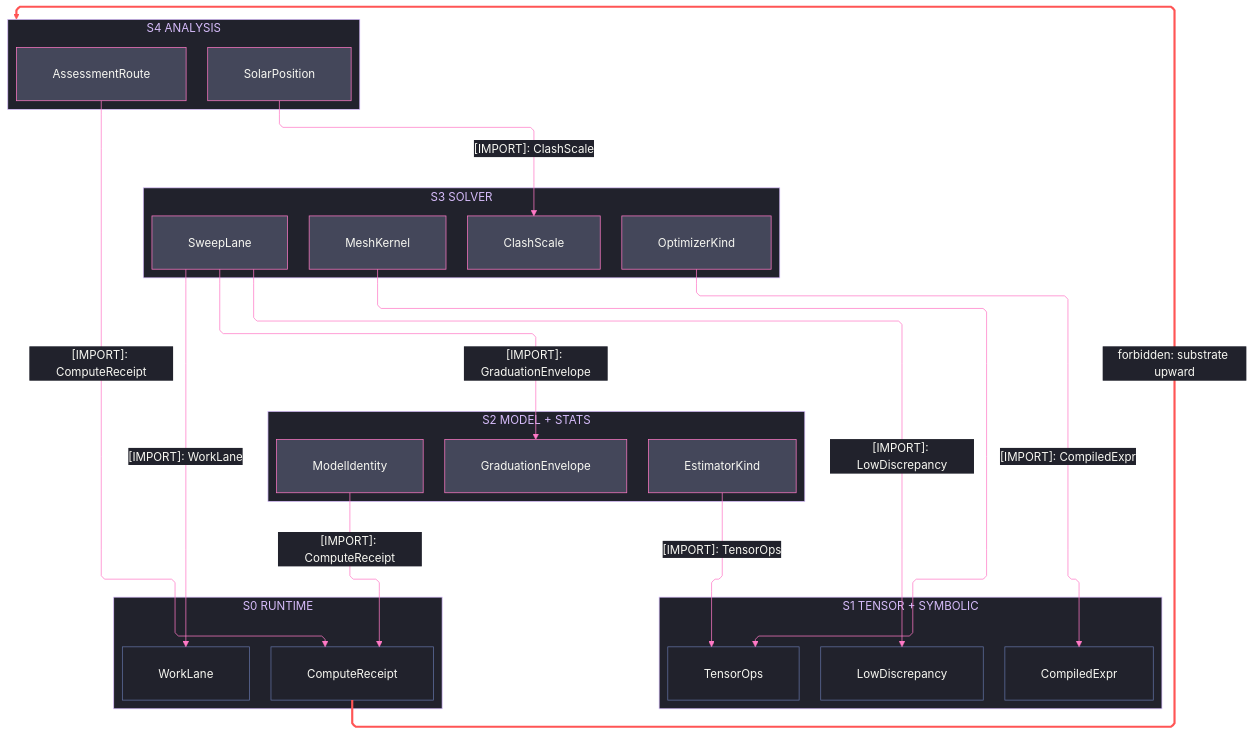
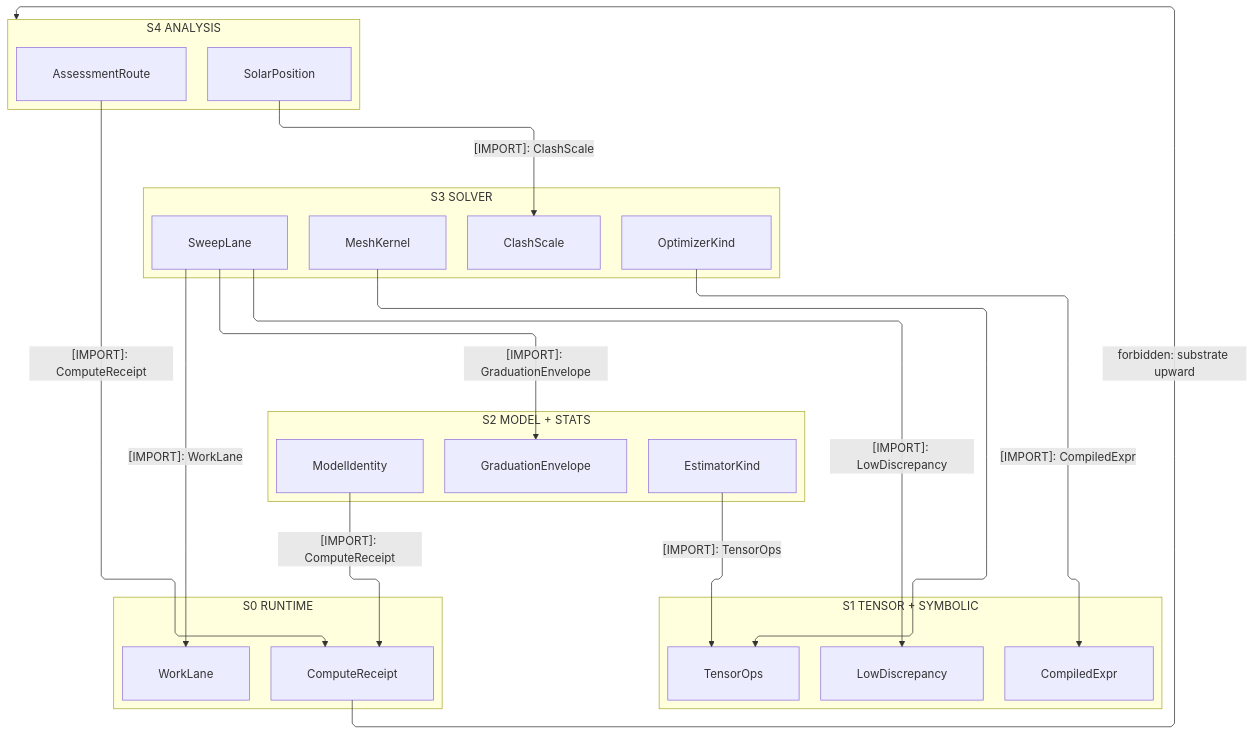
Before and after one commit to bsamiee/Rasm: the first of 4 diagrams in libs/csharp/Rasm.Compute/ARCHITECTURE.md, drawn with Mermaid. The commit also changed other lines of this file and 460 other files, not shown here.

````diff
--- a/libs/csharp/Rasm.Compute/ARCHITECTURE.md
+++ b/libs/csharp/Rasm.Compute/ARCHITECTURE.md
@@ -76,73 +78,46 @@
 ```mermaid
 ---
 config:
-  theme: base
-  look: classic
   layout: elk
   flowchart:
     curve: linear
     padding: 25
-  themeVariables:
-    darkMode: true
-    fontFamily: "SF Mono, Menlo, Cascadia Mono, Segoe UI Mono, Consolas, monospace"
-    useGradient: false
-    dropShadow: "none"
-    background: "#282A36"
-    primaryColor: "#44475A"
-    primaryTextColor: "#F8F8F2"
-    primaryBorderColor: "#BD93F9"
-    lineColor: "#FF79C6"
-    textColor: "#F8F8F2"
-    clusterBkg: "#21222C"
-    clusterBorder: "#D6BCFA"
-    edgeLabelBackground: "#21222C"
-    labelBackgroundColor: "#21222C"
-    titleColor: "#D6BCFA"
-  themeCSS: ".nodeLabel{font-size:13px;font-weight:500}.edgeLabel{font-size:12px;font-weight:500}.cluster-label .nodeLabel{font-size:13.5px;font-weight:700;letter-spacing:.08em}.edge-thickness-normal{stroke-width:2px}.edge-thickness-thick{stroke-width:3px}.edge-pattern-dashed,.edge-pattern-dotted{stroke-width:1.5px;stroke-dasharray:4 6}.node rect,.node circle,.node polygon,.node path,.node .outer-path{stroke-width:1.5px;filter:none!important}.cluster rect{stroke-width:1px!important;stroke-dasharray:5 4!important;filter:none!important}.marker path{transform:scale(.8);transform-origin:5px 5px}.marker circle{transform:scale(.48);transform-origin:5px 5px}.edgeLabel rect{transform-box:fill-box;transform-origin:center;transform:scale(1.1,1.2)}"
 ---
 flowchart TB
     accTitle: Rasm.Compute interior strata
-    accDescr: Five stacked strata from the analysis rail through the solve spine, the model and stats tier, and the tensor-symbolic peers onto the runtime substrate, every consumption edge downward and solid naming one sourced type, and one forbidden upward edge styled red.
+    accDescr: Five stacked strata from the analysis rail through the solve spine, the model and stats tier, and the tensor-symbolic peers onto the runtime substrate, every consumption edge downward and solid naming one sourced type, and one labeled forbidden upward edge.
     subgraph L4["S4 ANALYSIS"]
         Assessment[AssessmentRoute]
         Daylight[SolarPosition]
     end
     subgraph L3["S3 SOLVER"]
         Sweep[SweepLane]
         Mesh[MeshKernel]
         Optimizer[OptimizerKind]
         Clash[ClashScale]
     end
     subgraph L2["S2 MODEL + STATS"]
         Envelope[GraduationEnvelope]
         Identity[ModelIdentity]
         Estimator[EstimatorKind]
     end
     subgraph L1["S1 TENSOR + SYMBOLIC"]
         Sampling[LowDiscrepancy]
         Ops[TensorOps]
         Compiled[CompiledExpr]
     end
     subgraph L0["S0 RUNTIME"]
         Receipt[ComputeReceipt]
         Lane[WorkLane]
     end
     Assessment e1@-->|"[IMPORT]: ComputeReceipt"| Receipt
     Daylight e2@-->|"[IMPORT]: ClashScale"| Clash
     Sweep e3@-->|"[IMPORT]: GraduationEnvelope"| Envelope
     Optimizer e4@-->|"[IMPORT]: CompiledExpr"| Compiled
     Sweep e5@-->|"[IMPORT]: LowDiscrepancy"| Sampling
     Estimator e6@-->|"[IMPORT]: TensorOps"| Ops
     Identity e7@-->|"[IMPORT]: ComputeReceipt"| Receipt
     Mesh e8@--> Ops
     Sweep e9@-->|"[IMPORT]: WorkLane"| Lane
     Receipt f1@-->|"forbidden: substrate upward"| L4
-    classDef primary fill:#44475A,stroke:#FF79C6,color:#F8F8F2
-    classDef recessed fill:#21222C,stroke:#6272A4,color:#F8F8F2
-    classDef edgeControl stroke:#FF79C6,color:#F8F8F2
-    classDef edgeError stroke:#FF5555,stroke-width:3px,color:#F8F8F2
-    class Assessment,Daylight,Mesh,Optimizer,Sweep,Clash,Identity,Envelope,Estimator primary
-    class Ops,Sampling,Compiled,Receipt,Lane recessed
-    class e1,e2,e3,e4,e5,e6,e7,e8,e9 edgeControl
-    class f1 edgeError
 ```
````
